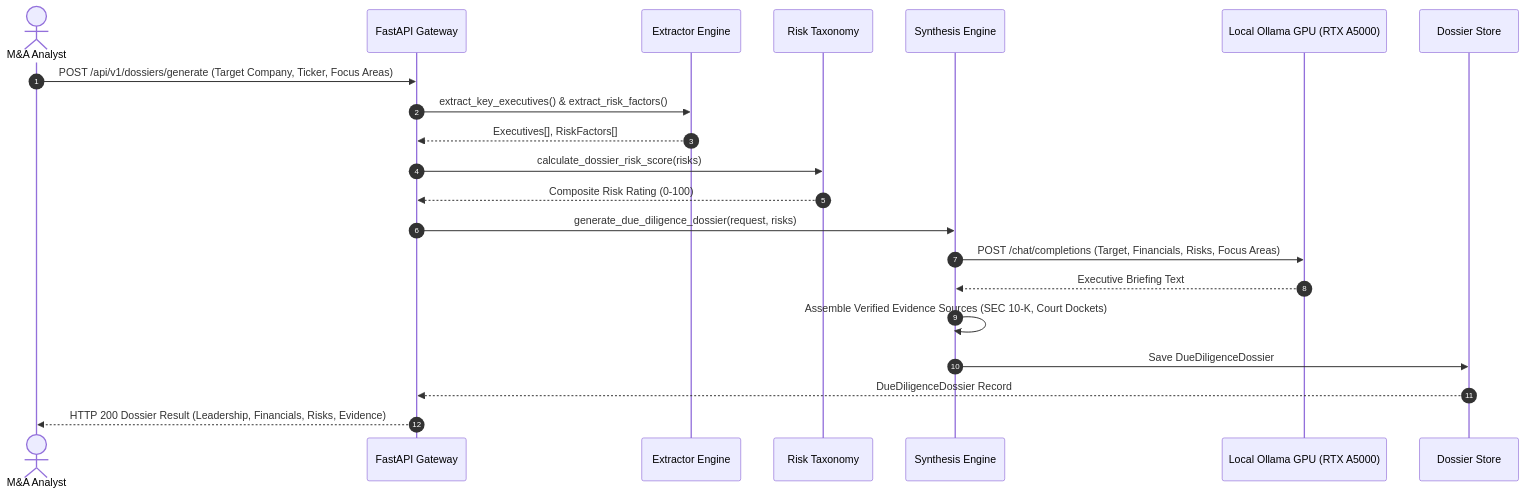
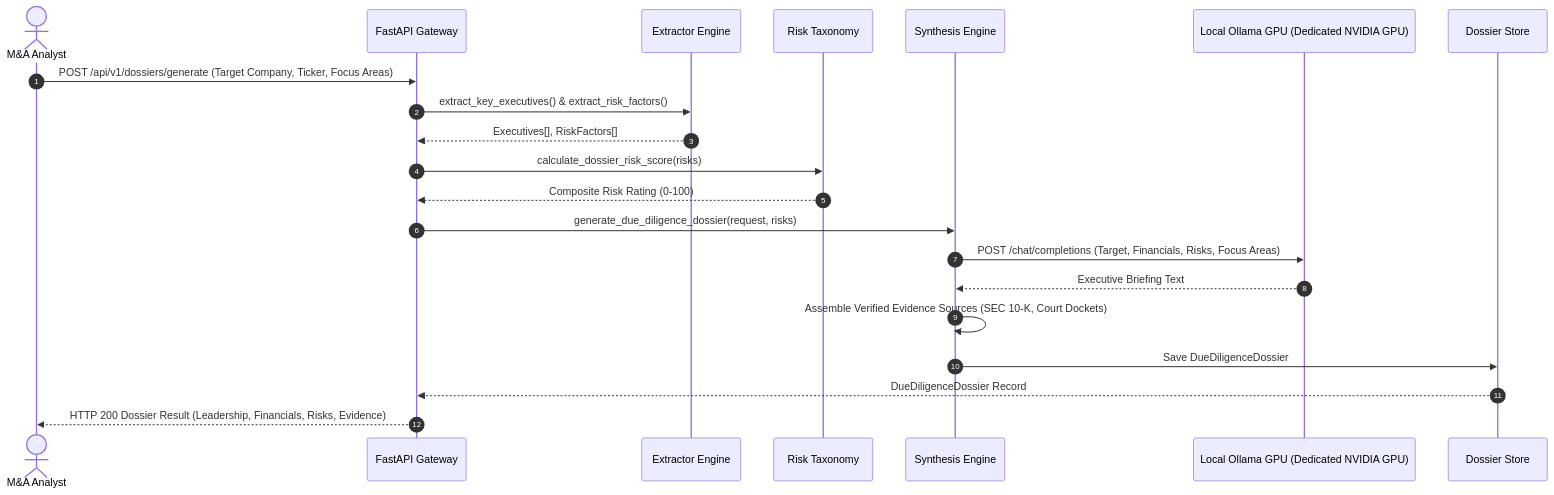
The second of 2 diagrams in docs/architecture.md (Kyrollo/dossier), drawn with Mermaid before and after one commit. The commit also changed other lines of this file and 3 other files, not shown here.

````diff
--- a/docs/architecture.md
+++ b/docs/architecture.md
@@ -49,27 +49,27 @@
 ```mermaid
 sequenceDiagram
     autonumber
     actor Analyst as M&A Analyst
     participant Gateway as FastAPI Gateway
     participant Extractor as Extractor Engine
     participant Taxonomy as Risk Taxonomy
     participant Synthesizer as Synthesis Engine
-    participant GPU as Local Ollama GPU (RTX A5000)
+    participant GPU as Local Ollama GPU (Dedicated NVIDIA GPU)
     participant Store as Dossier Store
 
     Analyst->>Gateway: POST /api/v1/dossiers/generate (Target Company, Ticker, Focus Areas)
     Gateway->>Extractor: extract_key_executives() & extract_risk_factors()
     Extractor-->>Gateway: Executives[], RiskFactors[]
 
     Gateway->>Taxonomy: calculate_dossier_risk_score(risks)
     Taxonomy-->>Gateway: Composite Risk Rating (0-100)
 
     Gateway->>Synthesizer: generate_due_diligence_dossier(request, risks)
     Synthesizer->>GPU: POST /chat/completions (Target, Financials, Risks, Focus Areas)
     GPU-->>Synthesizer: Executive Briefing Text
     
     Synthesizer->>Synthesizer: Assemble Verified Evidence Sources (SEC 10-K, Court Dockets)
     Synthesizer->>Store: Save DueDiligenceDossier
     Store-->>Gateway: DueDiligenceDossier Record
     Gateway-->>Analyst: HTTP 200 Dossier Result (Leadership, Financials, Risks, Evidence)
 ```
````
